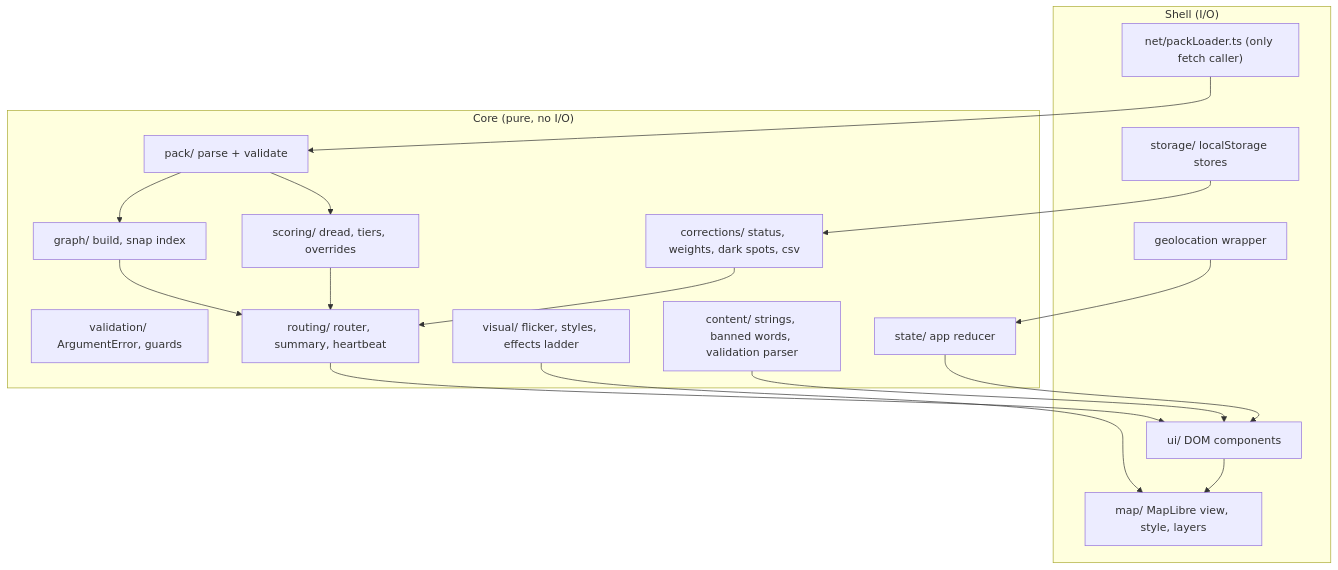
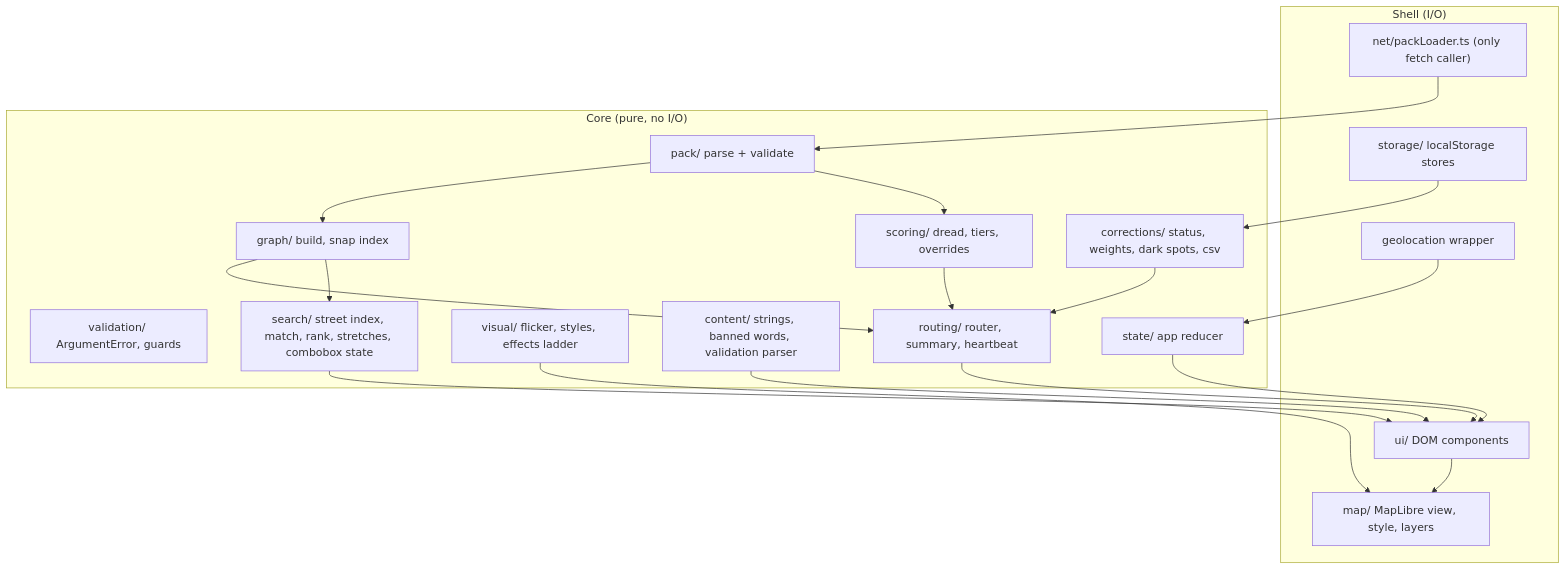
The diagram in .kiro/specs/gloam-web-app/design.md (mariahazmir/gloam), drawn with Mermaid before and after one commit. The commit also changed other lines of this file and 2 other files, not shown here.

Commit message:
Web app spec: add street search (requirement 19, task 20)

````diff
--- a/.kiro/specs/gloam-web-app/design.md
+++ b/.kiro/specs/gloam-web-app/design.md
@@ -28,33 +28,36 @@
 ```mermaid
 flowchart TD
     subgraph Shell["Shell (I/O)"]
         UI["ui/ DOM components"]
         MAP["map/ MapLibre view, style, layers"]
         NET["net/packLoader.ts (only fetch caller)"]
         LS["storage/ localStorage stores"]
         GEO["geolocation wrapper"]
     end
     subgraph Core["Core (pure, no I/O)"]
         VAL["validation/ ArgumentError, guards"]
         PACK["pack/ parse + validate"]
         GRAPH["graph/ build, snap index"]
         SCORE["scoring/ dread, tiers, overrides"]
         ROUTE["routing/ router, summary, heartbeat"]
         CORR["corrections/ status, weights, dark spots, csv"]
         VIS["visual/ flicker, styles, effects ladder"]
         CONTENT["content/ strings, banned words, validation parser"]
         STATE["state/ app reducer"]
+        SEARCH["search/ street index, match, rank, stretches, combobox state"]
     end
     NET --> PACK --> GRAPH
     PACK --> SCORE
     GRAPH --> ROUTE
+    GRAPH --> SEARCH
+    SEARCH --> UI
     SCORE --> ROUTE
     CORR --> ROUTE
     STATE --> UI
     ROUTE --> UI
     VIS --> MAP
     LS --> CORR
     GEO --> STATE
     CONTENT --> UI
     UI --> MAP
 ```
````
